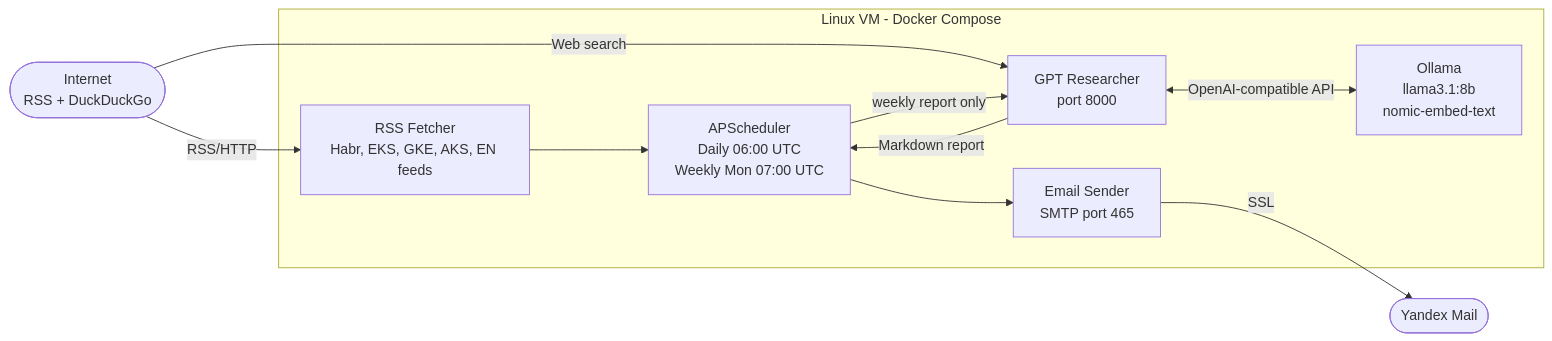
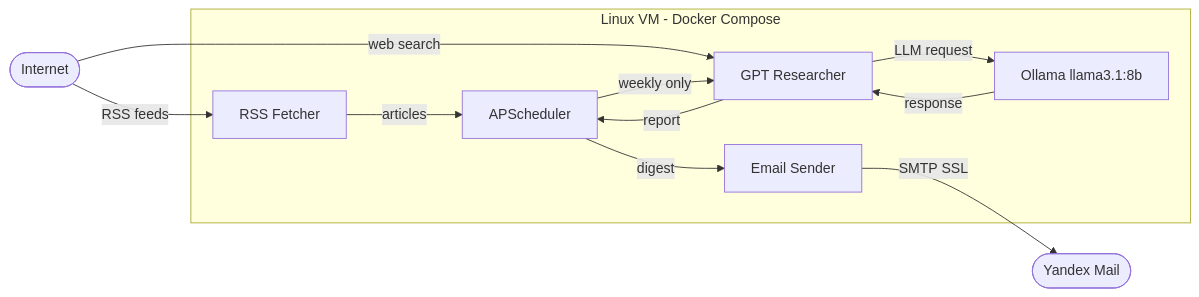
The diagram in README.md (SultankaReal/k8s-news-bot), drawn with Mermaid before and after one commit.

Commit message:
fix: valid Mermaid syntax, llama3.1:8b in env.example

````diff
--- a/README.md
+++ b/README.md
@@ -15,23 +15,24 @@
 ```mermaid
 flowchart LR
-    Internet(["Internet<br/>RSS + DuckDuckGo"])
+    Internet([Internet])
 
-    subgraph VM["Linux VM - Docker Compose"]
-        RSS["RSS Fetcher<br/>Habr, EKS, GKE, AKS, EN feeds"]
-        Sched["APScheduler<br/>Daily 06:00 UTC<br/>Weekly Mon 07:00 UTC"]
-        GPTR["GPT Researcher<br/>port 8000"]
-        Ollama["Ollama<br/>llama3.1:8b<br/>nomic-embed-text"]
-        Mail["Email Sender<br/>SMTP port 465"]
+    subgraph VM[Linux VM - Docker Compose]
+        RSS[RSS Fetcher]
+        Sched[APScheduler]
+        GPTR[GPT Researcher]
+        Ollama[Ollama llama3.1:8b]
+        Mail[Email Sender]
     end
 
-    YaMail(["Yandex Mail"])
+    YaMail([Yandex Mail])
 
-    Internet -->|"RSS/HTTP"| RSS
-    Internet -->|"Web search"| GPTR
-    RSS --> Sched
-    Sched -->|"weekly report only"| GPTR
-    GPTR <-->|"OpenAI-compatible API"| Ollama
-    GPTR -->|"Markdown report"| Sched
-    Sched --> Mail
-    Mail -->|"SSL"| YaMail
+    Internet -->|RSS feeds| RSS
+    Internet -->|web search| GPTR
+    RSS -->|articles| Sched
+    Sched -->|weekly only| GPTR
+    GPTR -->|LLM request| Ollama
+    Ollama -->|response| GPTR
+    GPTR -->|report| Sched
+    Sched -->|digest| Mail
+    Mail -->|SMTP SSL| YaMail
 ```
````
